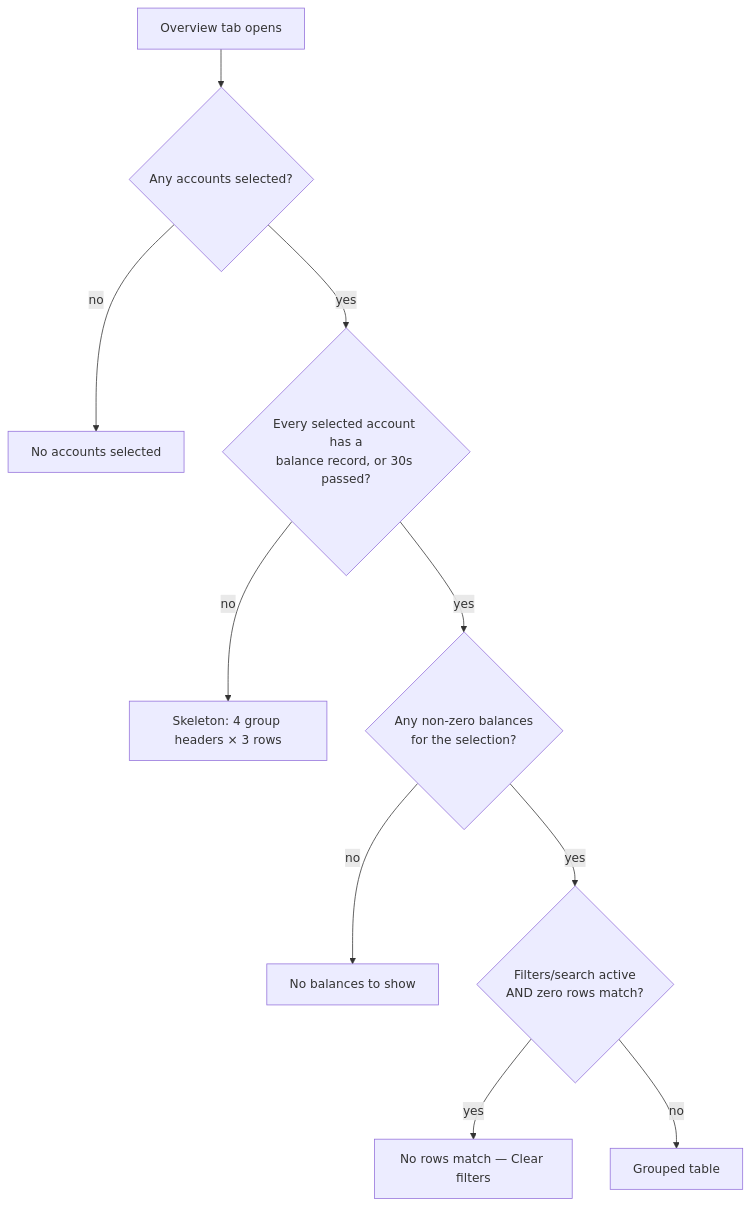
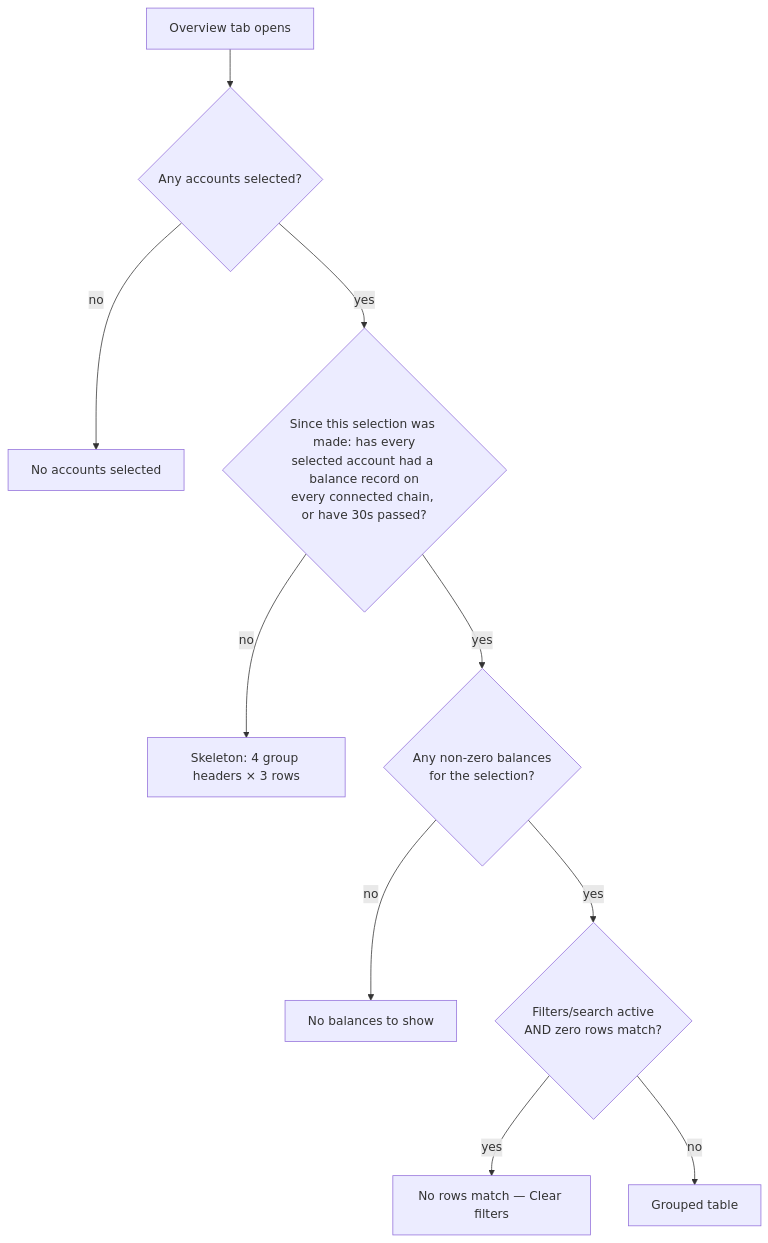
Before and after one commit to novasamatech/nova-spektr: the diagram in src/renderer/features/dashboard-accounts-table/README.md, drawn with Mermaid. The commit also changed other lines of this file and 21 other files, not shown here.

Commit message:
fix(dashboard): wait for balances of every selected account on every connected chain

````diff
--- a/src/renderer/features/dashboard-accounts-table/README.md
+++ b/src/renderer/features/dashboard-accounts-table/README.md
@@ -40,12 +40,12 @@
 ```mermaid
 flowchart TD
     START["Overview tab opens"] --> Q1{"Any accounts selected?"}
     Q1 -- "no" --> NOSEL["No accounts selected"]
-    Q1 -- "yes" --> Q2{"Every selected account has a\nbalance record, or 30s passed?"}
+    Q1 -- "yes" --> Q2{"Since this selection was made: has every\nselected account had a balance record on\nevery connected chain, or have 30s passed?"}
     Q2 -- "no" --> SKEL["Skeleton: 4 group headers × 3 rows"]
     Q2 -- "yes" --> Q3{"Any non-zero balances\nfor the selection?"}
     Q3 -- "no" --> NOBAL["No balances to show"]
     Q3 -- "yes" --> Q4{"Filters/search active\nAND zero rows match?"}
     Q4 -- "yes" --> EMPTYF["No rows match — Clear filters"]
     Q4 -- "no" --> TABLE["Grouped table"]
 ```
````
